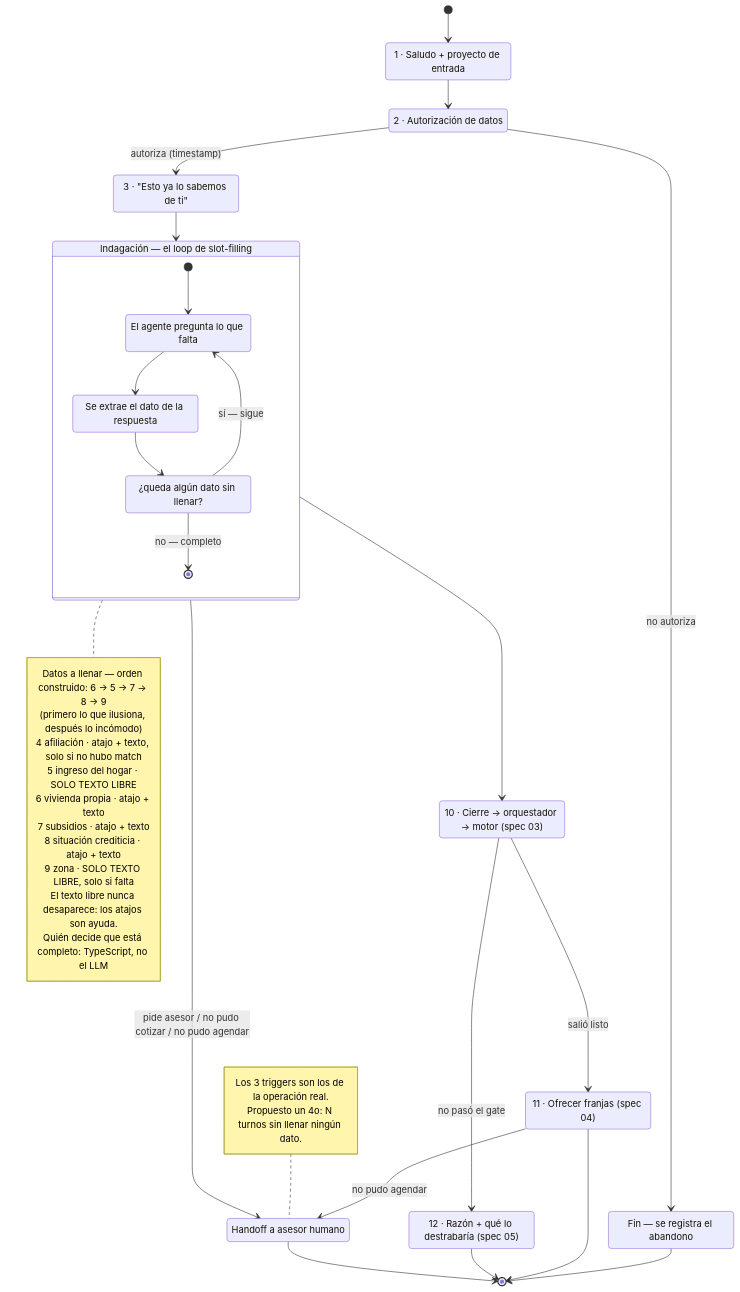
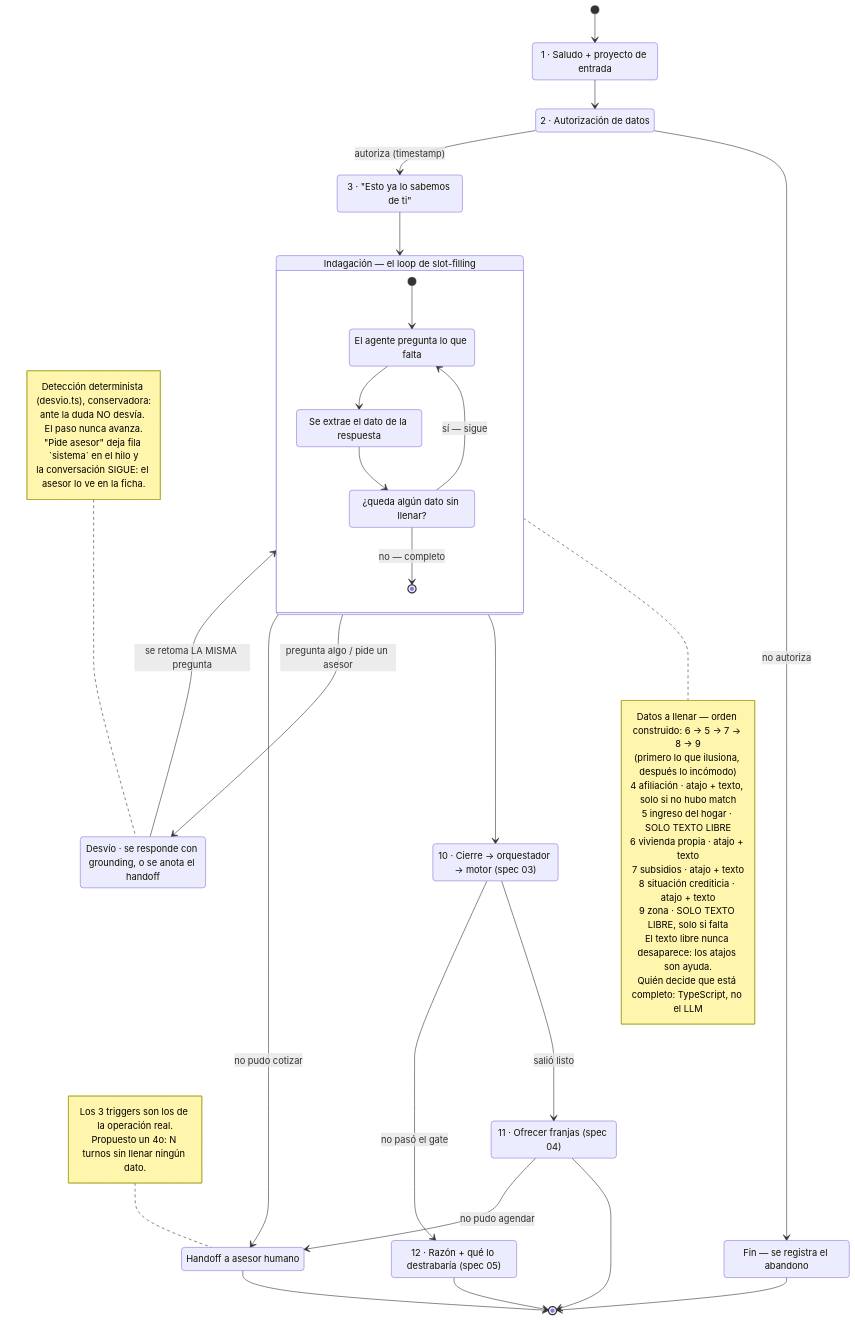
The diagram in docs/specs/02-conversador.md (hackathon-30x-colsubsidio/mvp-reto-vivienda), drawn with Mermaid before and after one commit. The commit also changed other lines of this file and 5 other files, not shown here.

````diff
--- a/docs/specs/02-conversador.md
+++ b/docs/specs/02-conversador.md
@@ -152,67 +159,78 @@
 ```mermaid
 stateDiagram-v2
     direction TB
 
     [*] --> Saludo
 
     Saludo: 1 · Saludo + proyecto de entrada
     Saludo --> Autorizacion
 
     Autorizacion: 2 · Autorización de datos
     Autorizacion --> Fin_sin_permiso: no autoriza
     Autorizacion --> YaSabemos: autoriza (timestamp)
 
     Fin_sin_permiso: Fin — se registra el abandono
     Fin_sin_permiso --> [*]
 
     YaSabemos: 3 · "Esto ya lo sabemos de ti"
     YaSabemos --> Indagacion
 
     state "Indagación — el loop de slot-filling" as Indagacion {
         direction TB
         [*] --> Turno
         Turno: El agente pregunta lo que falta
         Turno --> Extractor
         Extractor: Se extrae el dato de la respuesta
         Extractor --> Faltan
         Faltan: ¿queda algún dato sin llenar?
         Faltan --> Turno: sí — sigue
         Faltan --> [*]: no — completo
     }
 
     note right of Indagacion
         Datos a llenar — orden construido: 6 → 5 → 7 → 8 → 9
         (primero lo que ilusiona, después lo incómodo)
         4 afiliación · atajo + texto, solo si no hubo match
         5 ingreso del hogar · SOLO TEXTO LIBRE
         6 vivienda propia · atajo + texto
         7 subsidios · atajo + texto
         8 situación crediticia · atajo + texto
         9 zona · SOLO TEXTO LIBRE, solo si falta
         El texto libre nunca desaparece: los atajos son ayuda.
         Quién decide que está completo: TypeScript, no el LLM
     end note
 
     Indagacion --> Cierre
 
     Cierre: 10 · Cierre → orquestador → motor (spec 03)
     Cierre --> Agenda: salió listo
     Cierre --> Nutricion: no pasó el gate
 
     Agenda: 11 · Ofrecer franjas (spec 04)
     Agenda --> [*]
 
     Nutricion: 12 · Razón + qué lo destrabaría (spec 05)
     Nutricion --> [*]
 
-    Indagacion --> Humano: pide asesor / no pudo cotizar / no pudo agendar
+    Indagacion --> Desvio: pregunta algo / pide un asesor
+    Desvio: Desvío · se responde con grounding, o se anota el handoff
+    Desvio --> Indagacion: se retoma LA MISMA pregunta
+
+    Indagacion --> Humano: no pudo cotizar
     Agenda --> Humano: no pudo agendar
 
     Humano: Handoff a asesor humano
     Humano --> [*]
+
+    note left of Desvio
+        Detección determinista (desvio.ts), conservadora:
+        ante la duda NO desvía. El paso nunca avanza.
+        "Pide asesor" deja fila `sistema` en el hilo y
+        la conversación SIGUE: el asesor lo ve en la ficha.
+    end note
 
     note left of Humano
         Los 3 triggers son los de la operación real.
         Propuesto un 4o: N turnos sin llenar ningún dato.
     end note
 ```
````
